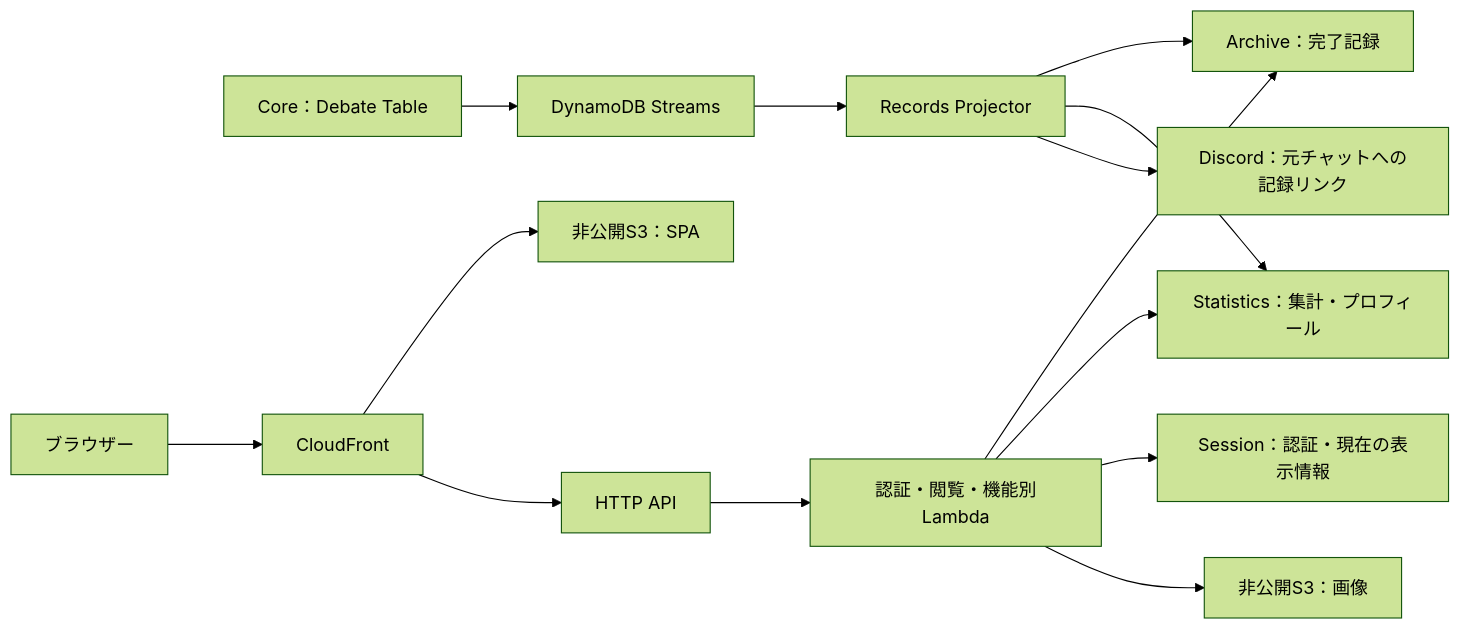
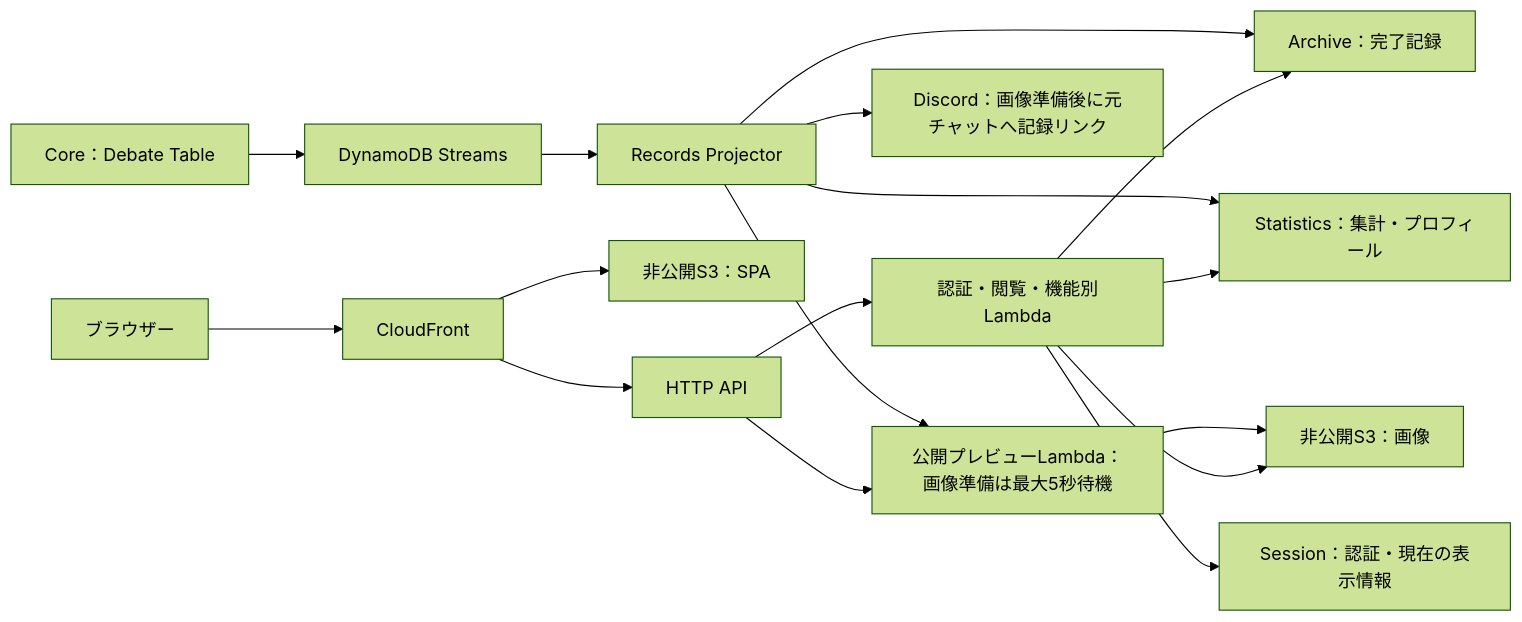
One commit to pitekusu/shittim-chest changed the diagram in docs/24_シッテムの箱 議事録設計.md. Above: the diagram before and after it, drawn with Mermaid (forest theme). The commit also changed other lines of this file and 48 other files, not shown here.

````diff
--- a/docs/24_シッテムの箱 議事録設計.md
+++ b/docs/24_シッテムの箱 議事録設計.md
@@ -44,16 +44,19 @@
 ```mermaid
 flowchart LR
   D["Core：Debate Table"] --> S["DynamoDB Streams"]
   S --> P["Records Projector"]
   P --> A["Archive：完了記録"]
   P --> T["Statistics：集計・プロフィール"]
-  P --> N["Discord：元チャットへの記録リンク"]
+  P --> O["公開プレビューLambda：画像準備は最大5秒待機"]
+  O --> M["非公開S3：画像"]
+  P --> N["Discord：画像準備後に元チャットへ記録リンク"]
   B["ブラウザー"] --> C["CloudFront"]
   C --> W["非公開S3：SPA"]
   C --> H["HTTP API"]
+  H --> O
   H --> F["認証・閲覧・機能別Lambda"]
   F --> A
   F --> T
   F --> U["Session：認証・現在の表示情報"]
   F --> M["非公開S3：画像"]
 ```
````
